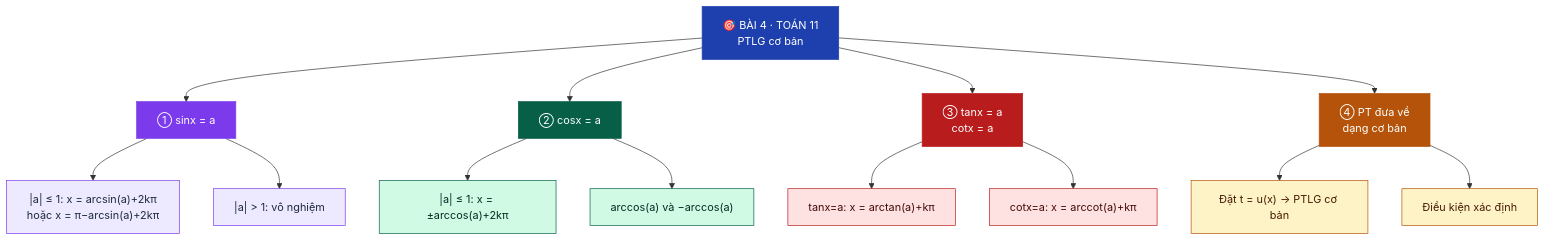
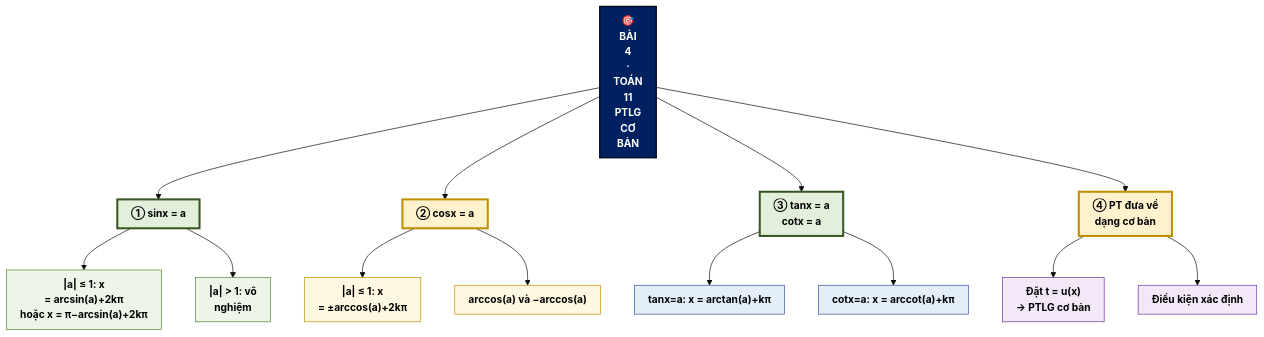
Diagram 15 of 30 in README.md (Trangtu66/Taode_thi_online), drawn with Mermaid before and after one commit. The commit also changed other lines of this file and 299 other files, not shown here.

````diff
--- a/README.md
+++ b/README.md
@@ -574,30 +632,33 @@
 ```mermaid
+%%{init: {"theme": "base", "htmlLabels": true, "flowchart": {"htmlLabels": true, "padding": 10, "curve": "basis"}, "themeVariables": {"fontSize": "15px"}}}%%
 graph TD
-    G["🎯 BÀI 4 · TOÁN 11<br/>PTLG cơ bản"]:::root
+    G["🎯<BR/>BÀI<BR/>4<BR/>·<BR/>TOÁN<BR/>11<BR/>PTLG<BR/>CƠ<BR/>BẢN"]:::root
     G --> A["① sinx = a"]:::n1
     G --> B["② cosx = a"]:::n2
     G --> C["③ tanx = a<br/>cotx = a"]:::n3
     G --> D["④ PT đưa về<br/>dạng cơ bản"]:::n4
 
-    A --> A1["|a| ≤ 1: x = arcsin(a)+2kπ<br/>hoặc x = π−arcsin(a)+2kπ"]:::l1
-    A --> A2["|a| > 1: vô nghiệm"]:::l1
+    A --> A1["|a| ≤ 1: x<br/>= arcsin(a)+2kπ<br/>hoặc x = π−arcsin(a)+2kπ"]:::l1
+    A --> A2["|a| > 1: vô<br/>nghiệm"]:::l1
 
-    B --> B1["|a| ≤ 1: x = ±arccos(a)+2kπ"]:::l2
+    B --> B1["|a| ≤ 1: x<br/>= ±arccos(a)+2kπ"]:::l2
     B --> B2["arccos(a) và −arccos(a)"]:::l2
 
     C --> C1["tanx=a: x = arctan(a)+kπ"]:::l3
     C --> C2["cotx=a: x = arccot(a)+kπ"]:::l3
 
-    D --> D1["Đặt t = u(x) → PTLG cơ bản"]:::l4
+    D --> D1["Đặt t = u(x)<br/>→ PTLG cơ bản"]:::l4
     D --> D2["Điều kiện xác định"]:::l4
 
-    classDef root fill:#1E40AF,color:#fff,stroke:#1E40AF
-    classDef n1 fill:#7C3AED,color:#fff,stroke:#7C3AED
-    classDef n2 fill:#065F46,color:#fff,stroke:#065F46
-    classDef n3 fill:#B91C1C,color:#fff,stroke:#B91C1C
-    classDef n4 fill:#B45309,color:#fff,stroke:#B45309
-    classDef l1 fill:#EDE9FE,color:#1E293B,stroke:#7C3AED
-    classDef l2 fill:#D1FAE5,color:#022c22,stroke:#065F46
-    classDef l3 fill:#FEE2E2,color:#450a0a,stroke:#B91C1C
-    classDef l4 fill:#FEF3C7,color:#451a03,stroke:#B45309
+    classDef root fill:#002060,color:#FFFFFF,stroke:#000B1E,stroke-width:2px,font-weight:bold
+    classDef n1 fill:#E2EFDA,color:#000000,stroke:#375623,stroke-width:3px,font-weight:bold
+    classDef n2 fill:#FFF2CC,color:#000000,stroke:#BF8F00,stroke-width:3px,font-weight:bold
+    classDef n3 fill:#E2EFDA,color:#000000,stroke:#375623,stroke-width:3px,font-weight:bold
+    classDef n4 fill:#FFF2CC,color:#000000,stroke:#BF8F00,stroke-width:3px,font-weight:bold
+    classDef n5 fill:#E2EFDA,color:#000000,stroke:#375623,stroke-width:3px,font-weight:bold
+    classDef l1 fill:#EDF5E8,color:#000000,stroke:#548235
+    classDef l2 fill:#FFF8E1,color:#000000,stroke:#BF8F00
+    classDef l3 fill:#E3EEF9,color:#000000,stroke:#2F5597
+    classDef l4 fill:#F3E8F7,color:#000000,stroke:#7030A0
+    classDef l5 fill:#FDE9E1,color:#000000,stroke:#C55A11
 ```
````
